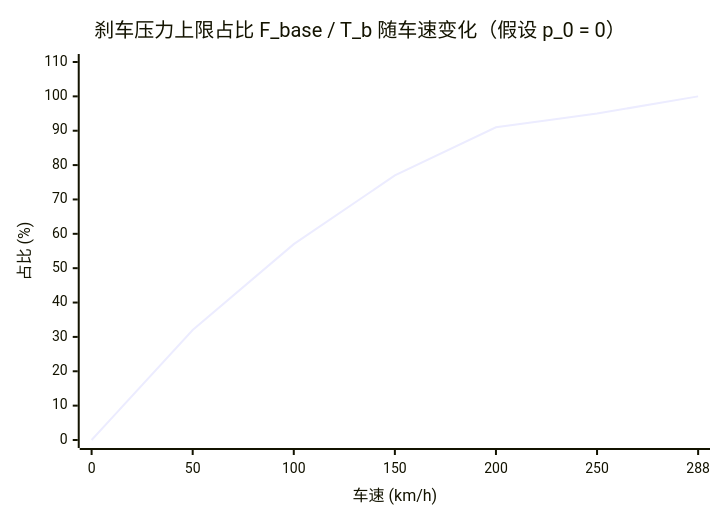
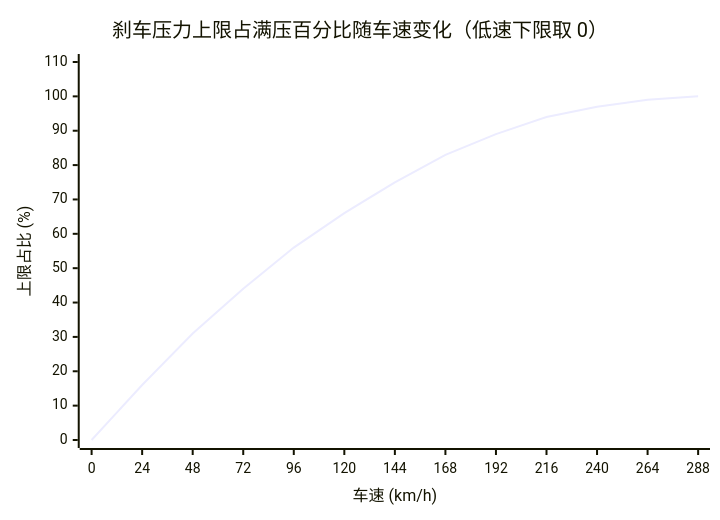
One commit to TakotsuboChen/ala-mobile-tool changed diagram 14 of 15 in TECHNICAL_ANALYSIS.md. Above: the diagram before and after it, drawn with Mermaid. The commit also changed other lines of this file, not shown here.

Commit message:
feat: 图表扩充至 15 幅——新增时序图/状态机/信号流/饼图；曲线加密采样消除折线感；Mermaid 内下标记号全部文字化

````diff
--- a/TECHNICAL_ANALYSIS.md
+++ b/TECHNICAL_ANALYSIS.md
@@ -431,7 +515,7 @@
 ```mermaid
 xychart-beta
-    title "刹车压力上限占比 F_base / T_b 随车速变化（假设 p_0 = 0）"
-    x-axis "车速 (km/h)" [0, 50, 100, 150, 200, 250, 288]
-    y-axis "占比 (%)" 0 --> 110
-    line [0, 32, 57, 77, 91, 95, 100]
+    title "刹车压力上限占满压百分比随车速变化（低速下限取 0）"
+    x-axis "车速 (km/h)" [0, 24, 48, 72, 96, 120, 144, 168, 192, 216, 240, 264, 288]
+    y-axis "上限占比 (%)" 0 --> 110
+    line [0, 16, 31, 44, 56, 66, 75, 83, 89, 94, 97, 99, 100]
 ```
````
